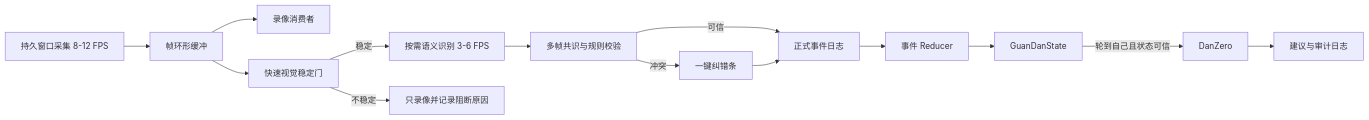
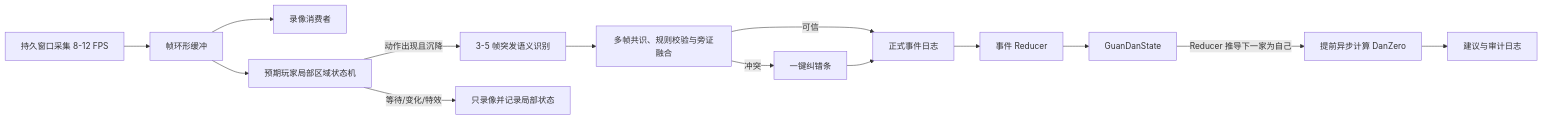
Before and after one commit to Hachiko123456/daguandan_danzero_bridge: the diagram in docs/superpowers/specs/2026-08-06-live-danzero-assistant-design.md, drawn with Mermaid. The commit also changed other lines of this file, not shown here.

Commit message:
docs: refine live assistant from DouZero review

````diff
--- a/docs/superpowers/specs/2026-08-06-live-danzero-assistant-design.md
+++ b/docs/superpowers/specs/2026-08-06-live-danzero-assistant-design.md
@@ -49,16 +59,16 @@
 ```mermaid
 flowchart LR
     A[持久窗口采集 8-12 FPS] --> B[帧环形缓冲]
     B --> C[录像消费者]
-    B --> D[快速视觉稳定门]
-    D -->|稳定| E[按需语义识别 3-6 FPS]
-    D -->|不稳定| F[只录像并记录阻断原因]
-    E --> G[多帧共识与规则校验]
+    B --> D[预期玩家局部区域状态机]
+    D -->|动作出现且沉降| E[3-5 帧突发语义识别]
+    D -->|等待/变化/特效| F[只录像并记录局部状态]
+    E --> G[多帧共识、规则校验与旁证融合]
     G -->|可信| H[正式事件日志]
     G -->|冲突| I[一键纠错条]
     I --> H
     H --> J[事件 Reducer]
     J --> K[GuanDanState]
-    K -->|轮到自己且状态可信| L[DanZero]
+    K -->|Reducer 推导下一家为自己| L[提前异步计算 DanZero]
     L --> M[建议与审计日志]
 ```
````
